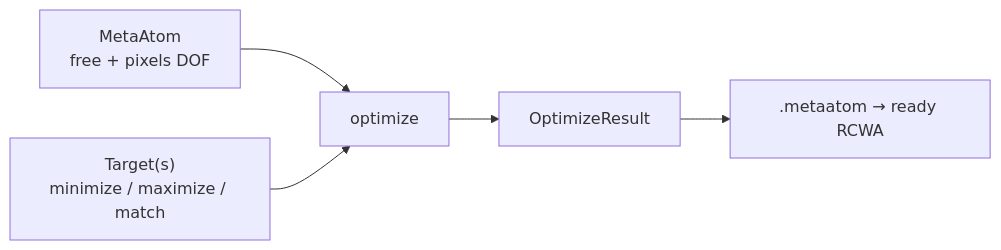
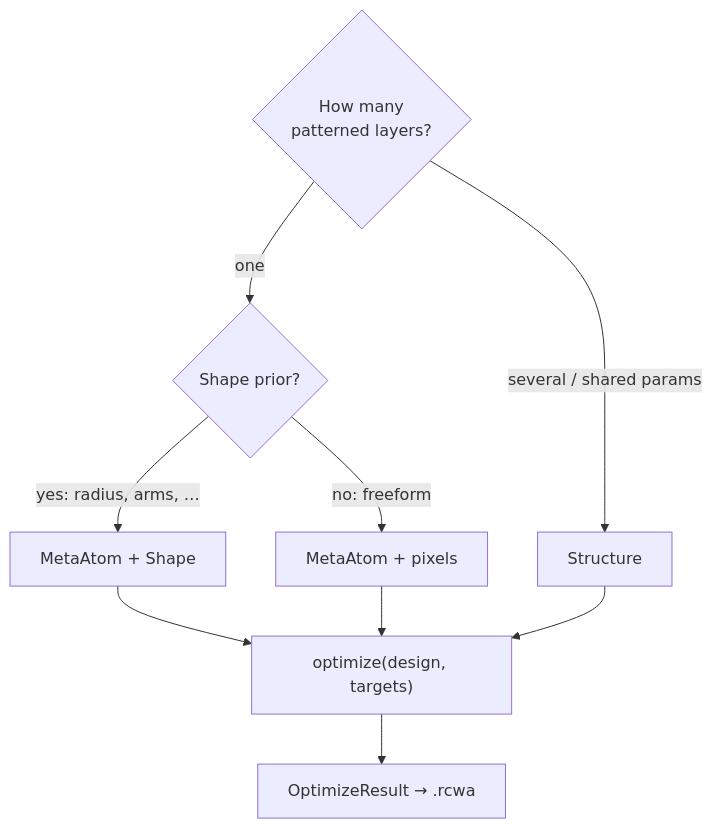
The diagram in docs/api/inverse.md (CAVITYtechnologies/ikarus), drawn with Mermaid before and after one commit. The commit also changed other lines of this file and 14 other files, not shown here.

Commit message:
Add multi-layer Structure inverse design; bump to 0.4.0

````diff
--- a/docs/api/inverse.md
+++ b/docs/api/inverse.md
@@ -15,7 +30,11 @@
 ```mermaid
-flowchart LR
-    A["MetaAtom<br/>free + pixels DOF"] --> O["optimize"]
-    T["Target(s)<br/>minimize / maximize / match"] --> O
-    O --> Rres["OptimizeResult"]
-    Rres --> RC[".metaatom → ready RCWA"]
+flowchart TD
+    Q{How many<br/>patterned layers?} -->|one| S{Shape prior?}
+    Q -->|"several / shared params"| ST["Structure"]
+    S -->|"yes: radius, arms, …"| MA["MetaAtom + Shape"]
+    S -->|"no: freeform"| PX["MetaAtom + pixels"]
+    MA --> OPT["optimize(design, targets)"]
+    PX --> OPT
+    ST --> OPT
+    OPT --> RES["OptimizeResult → .rcwa"]
 ```
````
